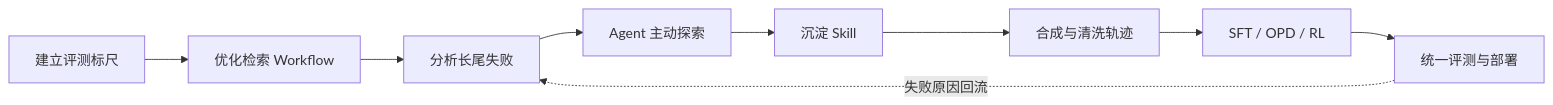
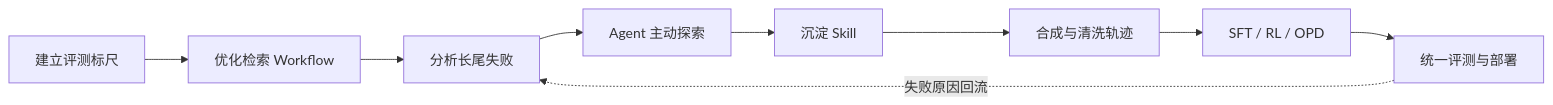
The diagram in README.md (zhouzixuan2333/financial-agent-evolution-notes), drawn with Mermaid before and after one commit. The commit also changed other lines of this file and 4 other files, not shown here.

Commit message:
Tell the training story through SFT RL and OPD

````diff
--- a/README.md
+++ b/README.md
@@ -41,11 +41,11 @@
 ```mermaid
 flowchart LR
     A[建立评测标尺] --> B[优化检索 Workflow]
     B --> C[分析长尾失败]
     C --> D[Agent 主动探索]
     D --> E[沉淀 Skill]
     E --> F[合成与清洗轨迹]
-    F --> G[SFT / OPD / RL]
+    F --> G[SFT / RL / OPD]
     G --> H[统一评测与部署]
     H -.失败原因回流.-> C
 ```
````
